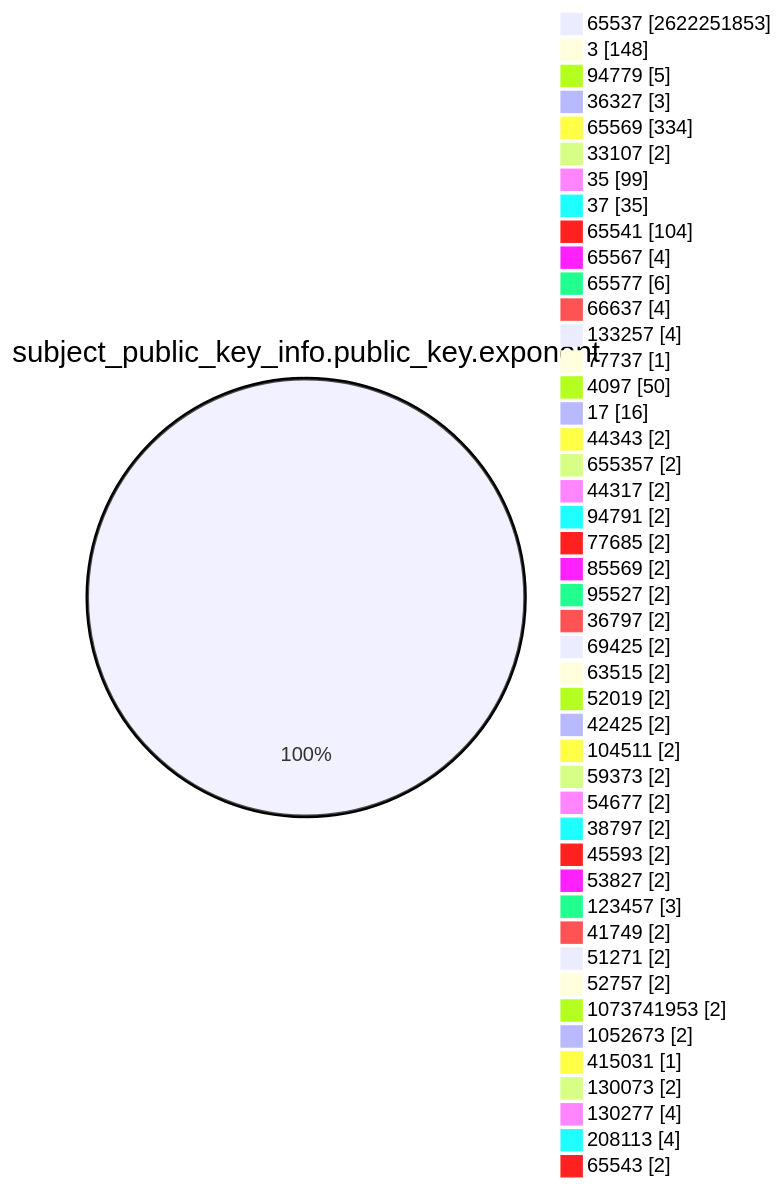
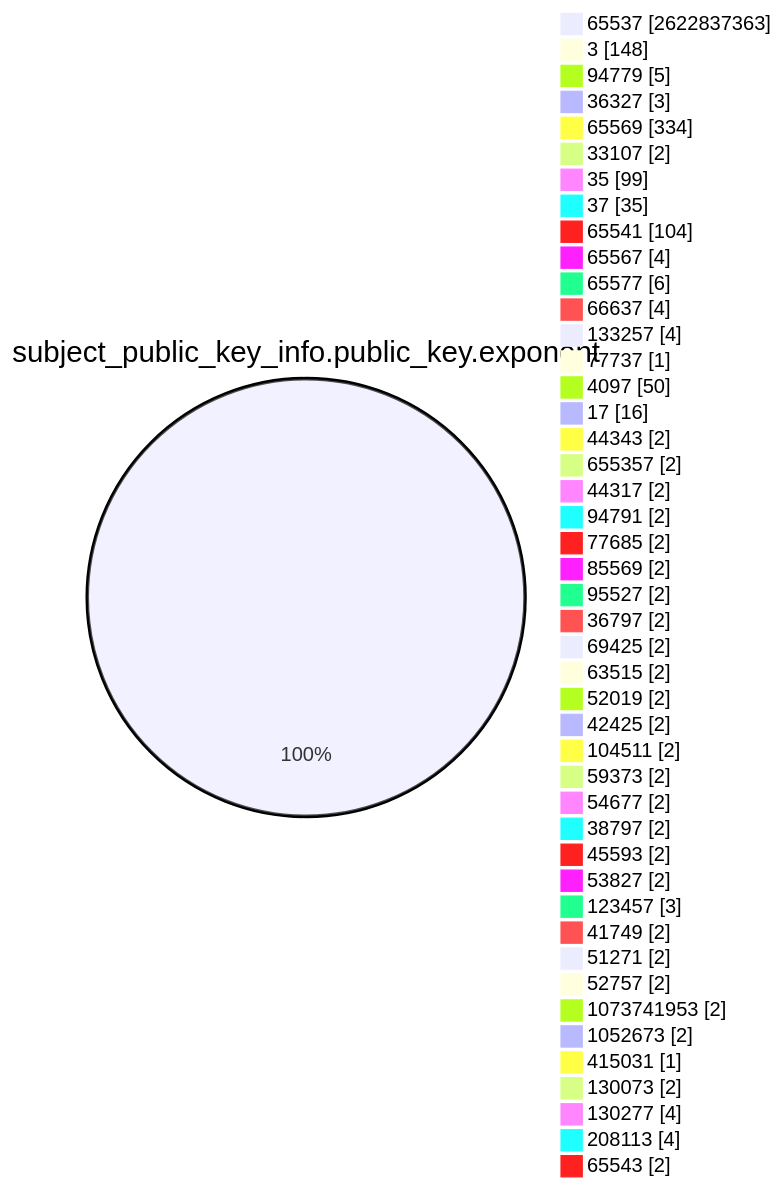
The fourth of 15 diagrams in TOTAL/README.md (christiankrug/ctmonitor_visualization), drawn with Mermaid before and after one commit. The commit also changed other lines of this file, not shown here.

````diff
--- a/TOTAL/README.md
+++ b/TOTAL/README.md
@@ -1467,49 +1467,49 @@
 ```mermaid
 pie showData
 title subject_public_key_info.public_key.exponent
-"65537" :2622251853
+"65537" :2622837363
 "3" :148
 "94779" :5
 "36327" :3
 "65569" :334
 "33107" :2
 "35" :99
 "37" :35
 "65541" :104
 "65567" :4
 "65577" :6
 "66637" :4
 "133257" :4
 "77737" :1
 "4097" :50
 "17" :16
 "44343" :2
 "655357" :2
 "44317" :2
 "94791" :2
 "77685" :2
 "85569" :2
 "95527" :2
 "36797" :2
 "69425" :2
 "63515" :2
 "52019" :2
 "42425" :2
 "104511" :2
 "59373" :2
 "54677" :2
 "38797" :2
 "45593" :2
 "53827" :2
 "123457" :3
 "41749" :2
 "51271" :2
 "52757" :2
 "1073741953" :2
 "1052673" :2
 "415031" :1
 "130073" :2
 "130277" :4
 "208113" :4
 "65543" :2
 ```
````
